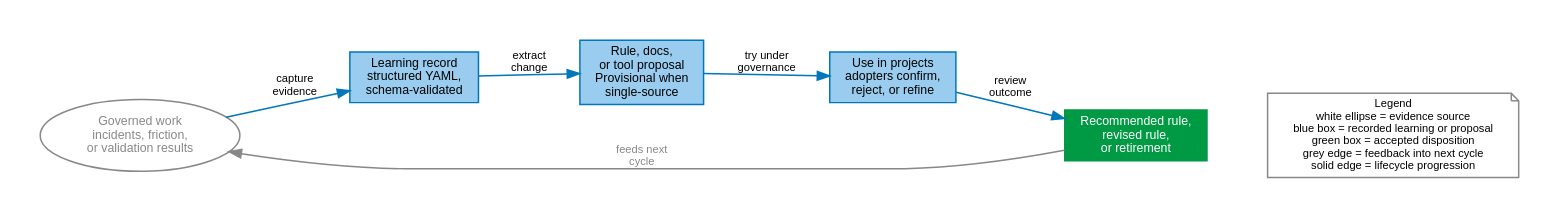
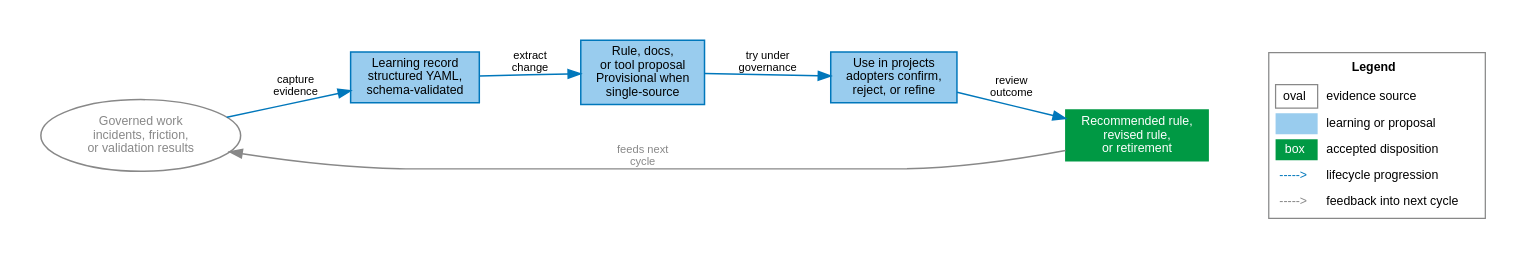
Before and after one commit to janipaijanen/agf-mirror: the diagram in agf/docs/figures/src/learning-loop.dot, drawn with Graphviz. The commit also changed 21 other files, not shown here.

Commit message:
docs: use visual keys for figure legends

```diff
--- a/agf/docs/figures/src/learning-loop.dot
+++ b/agf/docs/figures/src/learning-loop.dot
@@ -1,30 +1,38 @@
 // SPDX-License-Identifier: CC-BY-SA-4.0
 // agents-govern: evidence-driven learning loop
 // Generate: dot -Tsvg learning-loop.dot -o ../learning-loop.svg
 digraph learning_loop {
     graph [rankdir=LR, splines=spline, pad=0.35, nodesep=0.45, ranksep=0.65,
            fontname="Helvetica", fontsize=11]
     node  [fontname="Helvetica", fontsize=10, style=filled, shape=box,
            fillcolor="#99CCEE", color="#0077BB", penwidth=1.2]
     edge  [fontname="Helvetica", fontsize=9, color="#0077BB", penwidth=1.2]
 
     work [label="Governed work\nincidents, friction,\nor validation results",
           shape=ellipse, fillcolor=white, color="#888888",
           fontcolor="#888888"]
     record [label="Learning record\nstructured YAML,\nschema-validated"]
     proposal [label="Rule, docs,\nor tool proposal\nProvisional when\nsingle-source"]
     use [label="Use in projects\nadopters confirm,\nreject, or refine"]
     disposition [label="Recommended rule,\nrevised rule,\nor retirement",
                  fillcolor="#009944", fontcolor=white, color="#009944"]
 
     work -> record [label="capture\nevidence"]
     record -> proposal [label="extract\nchange"]
     proposal -> use [label="try under\ngovernance"]
     use -> disposition [label="review\noutcome"]
     disposition -> work [label="feeds next\ncycle", color="#888888",
                          fontcolor="#888888"]
 
-    legend [label="Legend\nwhite ellipse = evidence source\nblue box = recorded learning or proposal\ngreen box = accepted disposition\ngrey edge = feedback into next cycle\nsolid edge = lifecycle progression",
-            shape=note, fillcolor=white, color="#888888", fontsize=9]
+    legend [shape=plain, label=<
+        <TABLE BORDER="1" CELLBORDER="0" CELLSPACING="4" CELLPADDING="3" COLOR="#888888" BGCOLOR="white">
+            <TR><TD COLSPAN="2"><B>Legend</B></TD></TR>
+            <TR><TD BORDER="1" COLOR="#888888" WIDTH="28">oval</TD><TD ALIGN="LEFT">evidence source</TD></TR>
+            <TR><TD BGCOLOR="#99CCEE" WIDTH="28"></TD><TD ALIGN="LEFT">learning or proposal</TD></TR>
+            <TR><TD BGCOLOR="#009944" WIDTH="28"><FONT COLOR="white">box</FONT></TD><TD ALIGN="LEFT">accepted disposition</TD></TR>
+            <TR><TD><FONT COLOR="#0077BB">-----&gt;</FONT></TD><TD ALIGN="LEFT">lifecycle progression</TD></TR>
+            <TR><TD><FONT COLOR="#888888">-----&gt;</FONT></TD><TD ALIGN="LEFT">feedback into next cycle</TD></TR>
+        </TABLE>
+    >]
     disposition -> legend [style=invis]
 }
```
